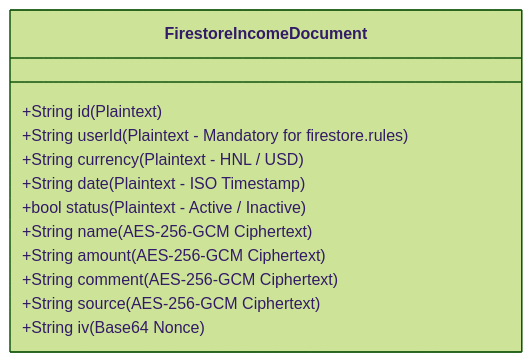
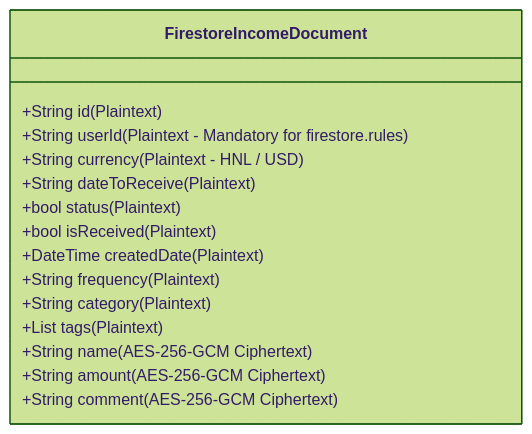
One commit to djag07907/web_personal_finances changed the second of 2 diagrams in ZERO_KNOWLEDGE_ENCRYPTION.md. Above: the diagram before and after it, drawn with Mermaid (forest theme). The commit also changed other lines of this file and 9 other files, not shown here.

Commit message:
feat: improve session vault unlock flow and add password verification to vault recovery

````diff
--- a/ZERO_KNOWLEDGE_ENCRYPTION.md
+++ b/ZERO_KNOWLEDGE_ENCRYPTION.md
@@ -121,15 +125,18 @@
 ```mermaid
 classDiagram
     class FirestoreIncomeDocument {
         +String id (Plaintext)
         +String userId (Plaintext - Mandatory for firestore.rules)
         +String currency (Plaintext - HNL / USD)
-        +String date (Plaintext - ISO Timestamp)
-        +bool status (Plaintext - Active / Inactive)
+        +String dateToReceive (Plaintext)
+        +bool status (Plaintext)
+        +bool isReceived (Plaintext)
+        +DateTime createdDate (Plaintext)
+        +String frequency (Plaintext)
+        +String category (Plaintext)
+        +List tags (Plaintext)
         +String name (AES-256-GCM Ciphertext)
         +String amount (AES-256-GCM Ciphertext)
         +String comment (AES-256-GCM Ciphertext)
-        +String source (AES-256-GCM Ciphertext)
-        +String iv (Base64 Nonce)
     }
 ```
````
